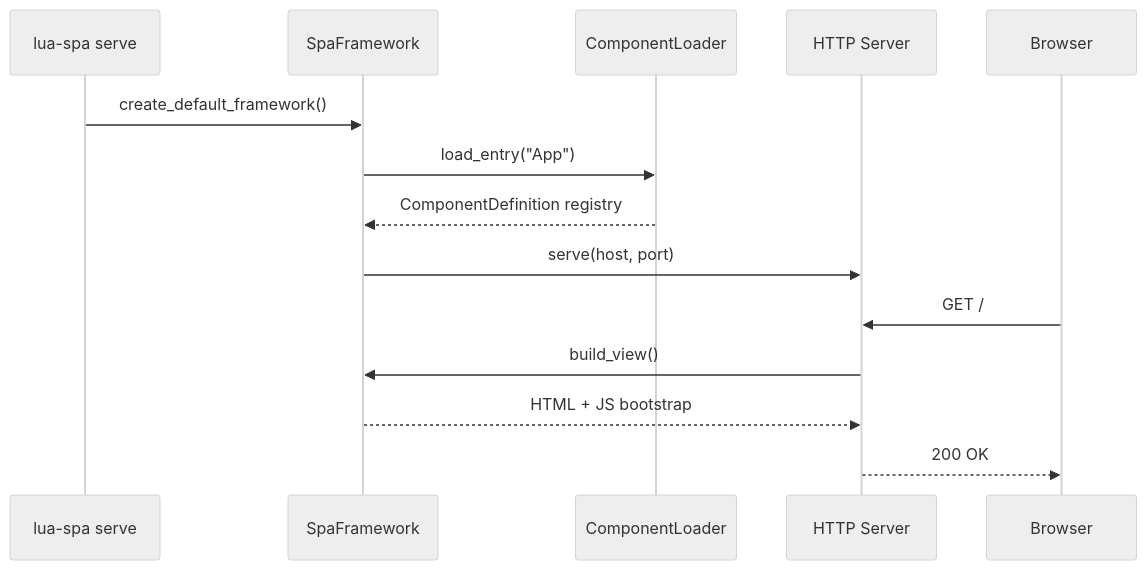
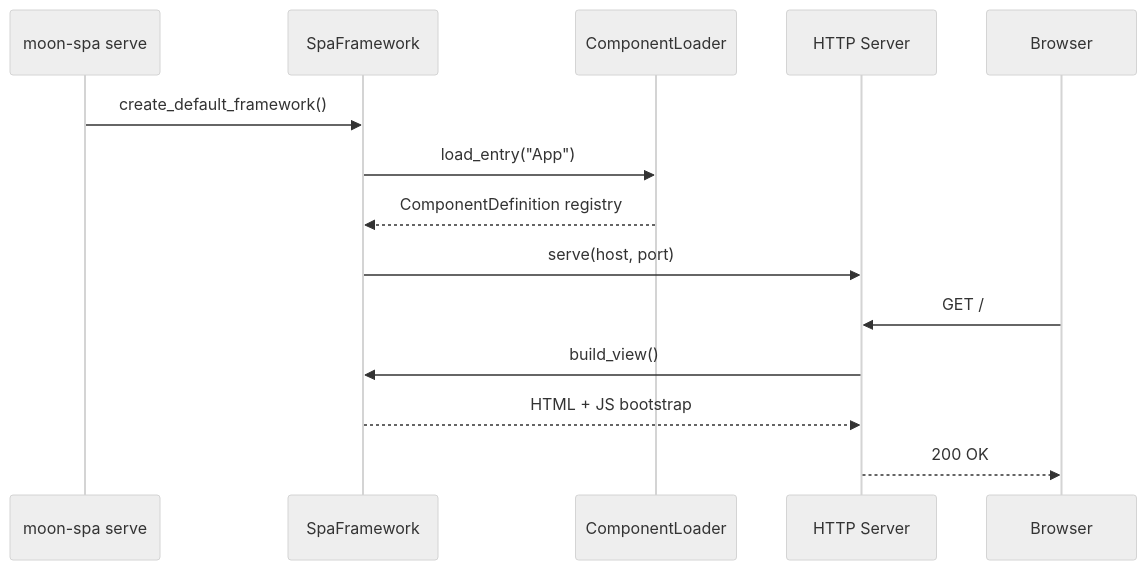
One commit to roderiano/lua-spa changed the diagram in docs/docs/get-started/quick-start.md. Above: the diagram before and after it, drawn with Mermaid (neutral theme). The commit also changed other lines of this file and 90 other files, not shown here.

````diff
--- a/docs/docs/get-started/quick-start.md
+++ b/docs/docs/get-started/quick-start.md
@@ -37,17 +37,17 @@
 ```mermaid
 sequenceDiagram
-    participant CLI as lua-spa serve
+    participant CLI as moon-spa serve
     participant FW as SpaFramework
     participant Loader as ComponentLoader
     participant Server as HTTP Server
     participant Browser
 
     CLI->>FW: create_default_framework()
     FW->>Loader: load_entry("App")
     Loader-->>FW: ComponentDefinition registry
     FW->>Server: serve(host, port)
     Browser->>Server: GET /
     Server->>FW: build_view()
     FW-->>Server: HTML + JS bootstrap
     Server-->>Browser: 200 OK
 ```
````
